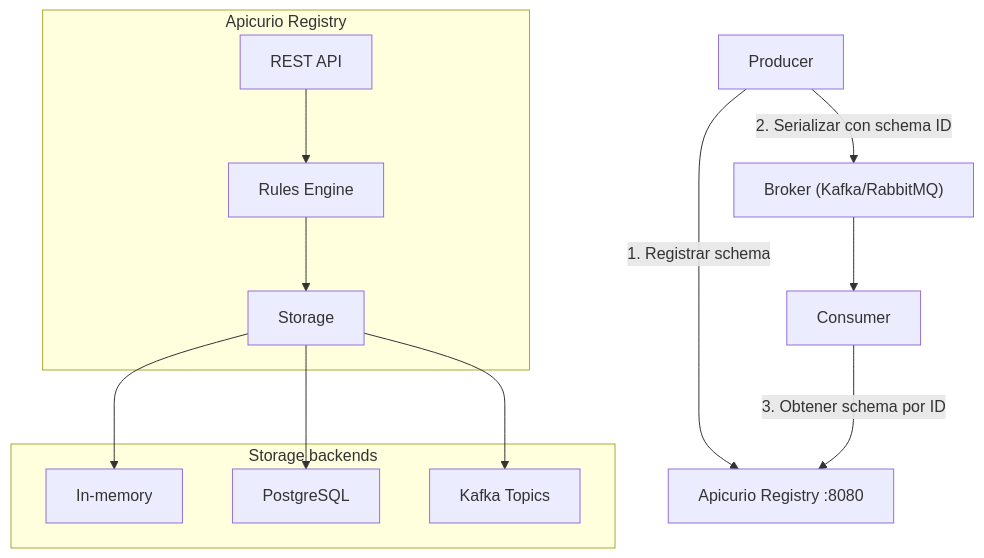
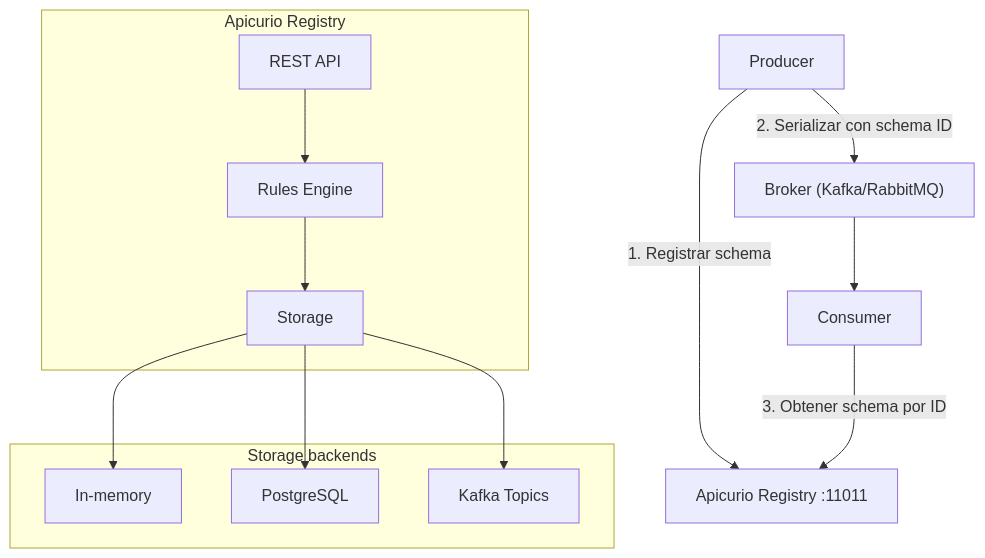
One commit to monghithub/serialplab changed the diagram in doc/registros/apicurio-registry.md. Above: the diagram before and after it, drawn with Mermaid. The commit also changed other lines of this file and 24 other files, not shown here.

````diff
--- a/doc/registros/apicurio-registry.md
+++ b/doc/registros/apicurio-registry.md
@@ -28,23 +28,23 @@
 ```mermaid
 graph TB
-    PROD["Producer"] -->|"1. Registrar schema"| AR["Apicurio Registry :8080"]
+    PROD["Producer"] -->|"1. Registrar schema"| AR["Apicurio Registry :11011"]
     PROD -->|"2. Serializar con schema ID"| BROKER["Broker (Kafka/RabbitMQ)"]
     BROKER --> CONS["Consumer"]
     CONS -->|"3. Obtener schema por ID"| AR
 
     subgraph "Apicurio Registry"
         API["REST API"]
         STORE["Storage"]
         RULES["Rules Engine"]
         API --> RULES
         RULES --> STORE
     end
 
     subgraph "Storage backends"
         MEM["In-memory"]
         SQL["PostgreSQL"]
         KFK["Kafka Topics"]
     end
 
     STORE --> MEM & SQL & KFK
 ```
````
